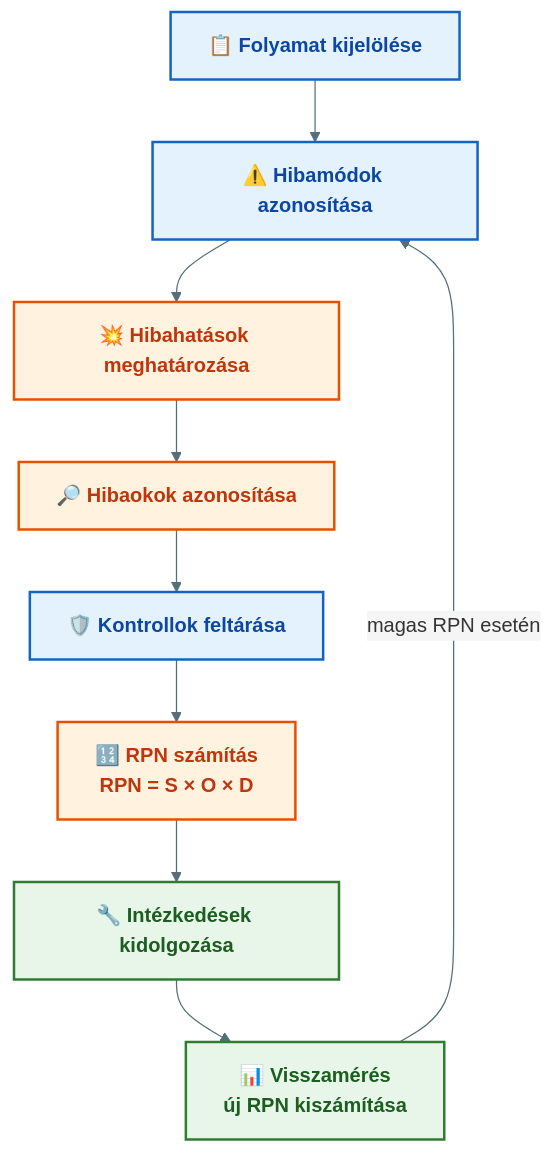
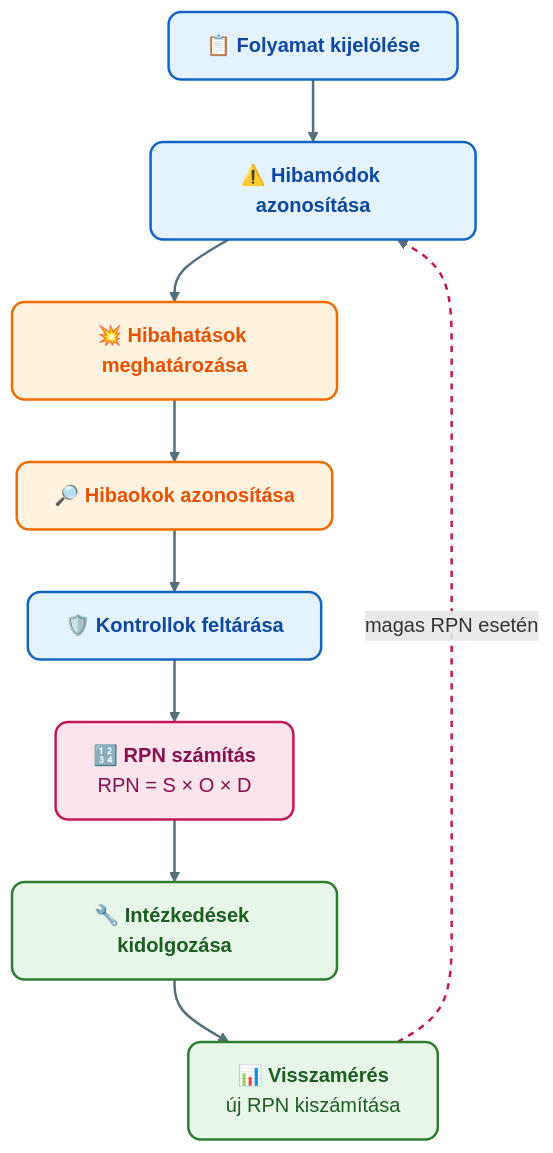
Before and after one commit to denespocsik/MM_BSC_Zarovizsga: the diagram in Tételek/V04-GMXSF2MBLF-Kockázatkezelés és FMEA.tétel.md, drawn with Mermaid. The commit also changed 34 other files, not shown here.

First line of the commit message:
style(tételek): egységes vizuális arculat a Mermaid-diagramokhoz

````diff
--- a/Tételek/V04-GMXSF2MBLF-Kockázatkezelés és FMEA.tétel.md
+++ b/Tételek/V04-GMXSF2MBLF-Kockázatkezelés és FMEA.tétel.md
@@ -21,16 +21,19 @@
 ```mermaid
-%%{init: {'theme': 'base', 'themeVariables': {'primaryColor': '#E3F2FD', 'primaryBorderColor': '#1565C0', 'lineColor': '#546E7A', 'edgeLabelBackground': '#F5F5F5'}}}%%
 flowchart TD
-    classDef analysis fill:#E3F2FD,stroke:#1565C0,stroke-width:2px,color:#0D47A1,font-weight:bold
-    classDef risk     fill:#FFF3E0,stroke:#E65100,stroke-width:2px,color:#BF360C,font-weight:bold
-    classDef action   fill:#E8F5E9,stroke:#2E7D32,stroke-width:2px,color:#1B5E20,font-weight:bold
+    A["📋 <b>Folyamat kijelölése</b>"]:::kek --> B["⚠️ <b>Hibamódok azonosítása</b>"]:::kek
+    B --> C["💥 <b>Hibahatások meghatározása</b>"]:::narancs
+    C --> D["🔎 <b>Hibaokok azonosítása</b>"]:::narancs
+    D --> E["🛡️ <b>Kontrollok feltárása</b>"]:::kek
+    E --> F["🔢 <b>RPN számítás</b><br/>RPN = S × O × D"]:::rozsa
+    F --> G["🔧 <b>Intézkedések kidolgozása</b>"]:::zold
+    G --> H["📊 <b>Visszamérés</b><br/>új RPN kiszámítása"]:::zold
+    H -- "magas RPN esetén" --> B
 
-    A["📋 Folyamat kijelölése"]:::analysis --> B["⚠️ Hibamódok azonosítása"]:::analysis
-    B --> C["💥 Hibahatások meghatározása"]:::risk
-    C --> D["🔎 Hibaokok azonosítása"]:::risk
-    D --> E["🛡️ Kontrollok feltárása"]:::analysis
-    E --> F["🔢 RPN számítás<br/>RPN = S × O × D"]:::risk
-    F --> G["🔧 Intézkedések kidolgozása"]:::action
-    G --> H["📊 Visszamérés<br/>új RPN kiszámítása"]:::action
-    H -- "magas RPN esetén" --> B
+    classDef kek     fill:#e3f2fd,stroke:#1565c0,stroke-width:2px,color:#0d47a1,rx:10,ry:10;
+    classDef zold    fill:#e8f5e9,stroke:#2e7d32,stroke-width:2px,color:#1b5e20,rx:10,ry:10;
+    classDef narancs fill:#fff3e0,stroke:#ef6c00,stroke-width:2px,color:#e65100,rx:10,ry:10;
+    classDef rozsa   fill:#fce4ec,stroke:#c2185b,stroke-width:2px,color:#880e4f,rx:10,ry:10;
+
+    linkStyle default stroke:#546e7a,stroke-width:2px;
+    linkStyle 7 stroke:#c2185b,stroke-width:2px,stroke-dasharray: 5 5;
 ```
````
